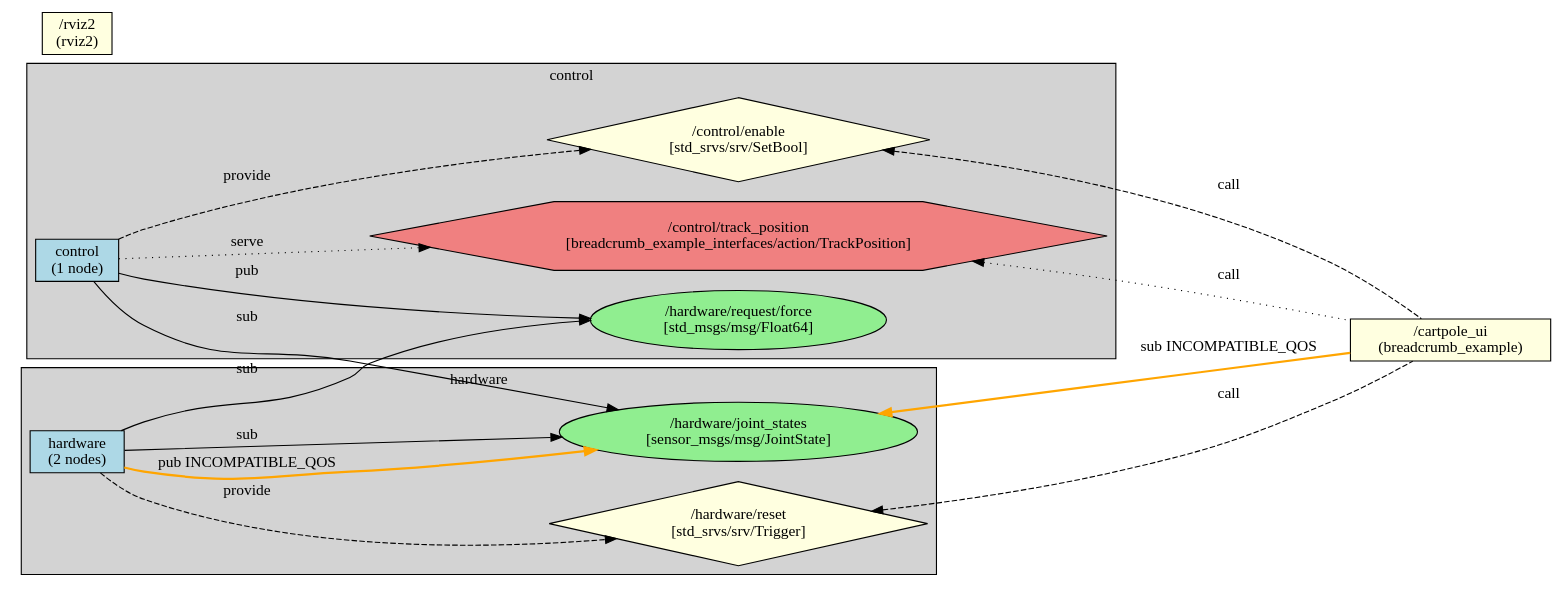
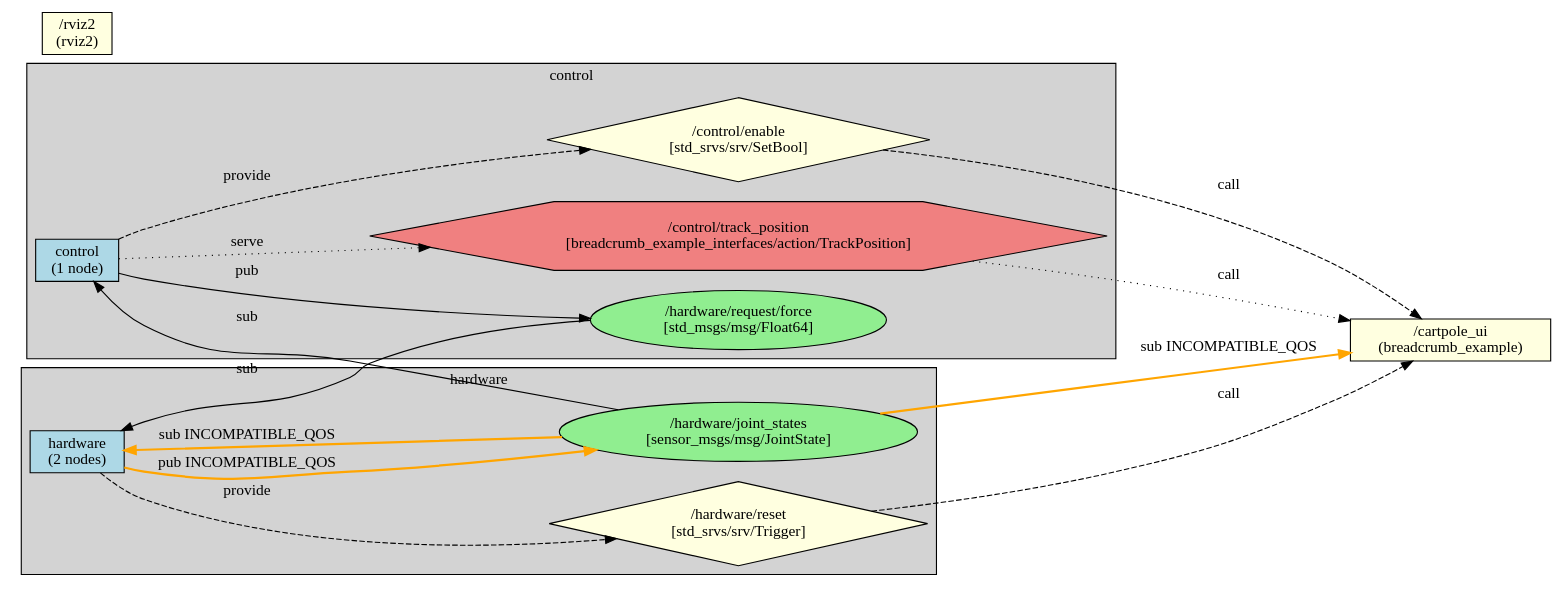
The diagram in breadcrumb_example/ros_graphs/graph_toplevel.dot (greenforge-labs/breadcrumb), drawn with Graphviz before and after one commit. The commit also changed 8 other files, not shown here.

```diff
--- a/breadcrumb_example/ros_graphs/graph_toplevel.dot
+++ b/breadcrumb_example/ros_graphs/graph_toplevel.dot
@@ -1,47 +1,47 @@
 digraph ROS2TopLevel {
   rankdir=LR;
   node [shape=box];
 
   subgraph cluster_control {
     label="control";
     style=filled;
     fillcolor=lightgrey;
 
     "control" [label="control\n(1 node)", style=filled, fillcolor=lightblue];
     "/hardware/request/force" [label="/hardware/request/force\n[std_msgs/msg/Float64]", shape=ellipse, style=filled, fillcolor=lightgreen];
     "/control/enable" [label="/control/enable\n[std_srvs/srv/SetBool]", shape=diamond, style=filled, fillcolor=lightyellow];
     "/control/track_position" [label="/control/track_position\n[breadcrumb_example_interfaces/action/TrackPosition]", shape=hexagon, style=filled, fillcolor=lightcoral];
   }
 
   subgraph cluster_hardware {
     label="hardware";
     style=filled;
     fillcolor=lightgrey;
 
     "hardware" [label="hardware\n(2 nodes)", style=filled, fillcolor=lightblue];
     "/hardware/joint_states" [label="/hardware/joint_states\n[sensor_msgs/msg/JointState]", shape=ellipse, style=filled, fillcolor=lightgreen];
     "/hardware/reset" [label="/hardware/reset\n[std_srvs/srv/Trigger]", shape=diamond, style=filled, fillcolor=lightyellow];
   }
 
   // Root Namespace Nodes
   "/cartpole_ui" [label="/cartpole_ui\n(breadcrumb_example)", style=filled, fillcolor=lightyellow];
   "/rviz2" [label="/rviz2\n(rviz2)", style=filled, fillcolor=lightyellow];
 
   // Topic Edges
   "hardware" -> "/hardware/joint_states" [label="pub INCOMPATIBLE_QOS", color=orange, style=bold];
-  "/hardware/joint_states" -> "/cartpole_ui" [label="sub INCOMPATIBLE_QOS", dir=back, color=orange, style=bold];
-  "/hardware/joint_states" -> "control" [label="sub", dir=back];
-  "/hardware/joint_states" -> "hardware" [label="sub", dir=back];
+  "/hardware/joint_states" -> "/cartpole_ui" [label="sub INCOMPATIBLE_QOS", color=orange, style=bold];
+  "/hardware/joint_states" -> "control" [label="sub"];
+  "/hardware/joint_states" -> "hardware" [label="sub INCOMPATIBLE_QOS", color=orange, style=bold];
   "control" -> "/hardware/request/force" [label="pub"];
-  "/hardware/request/force" -> "hardware" [label="sub", dir=back];
+  "/hardware/request/force" -> "hardware" [label="sub"];
 
   // Service Edges
   "control" -> "/control/enable" [label="provide", style=dashed];
-  "/control/enable" -> "/cartpole_ui" [label="call", style=dashed, dir=back];
+  "/control/enable" -> "/cartpole_ui" [label="call", style=dashed];
   "hardware" -> "/hardware/reset" [label="provide", style=dashed];
-  "/hardware/reset" -> "/cartpole_ui" [label="call", style=dashed, dir=back];
+  "/hardware/reset" -> "/cartpole_ui" [label="call", style=dashed];
 
   // Action Edges
   "control" -> "/control/track_position" [label="serve", style=dotted];
-  "/control/track_position" -> "/cartpole_ui" [label="call", style=dotted, dir=back];
+  "/control/track_position" -> "/cartpole_ui" [label="call", style=dotted];
 }
```
